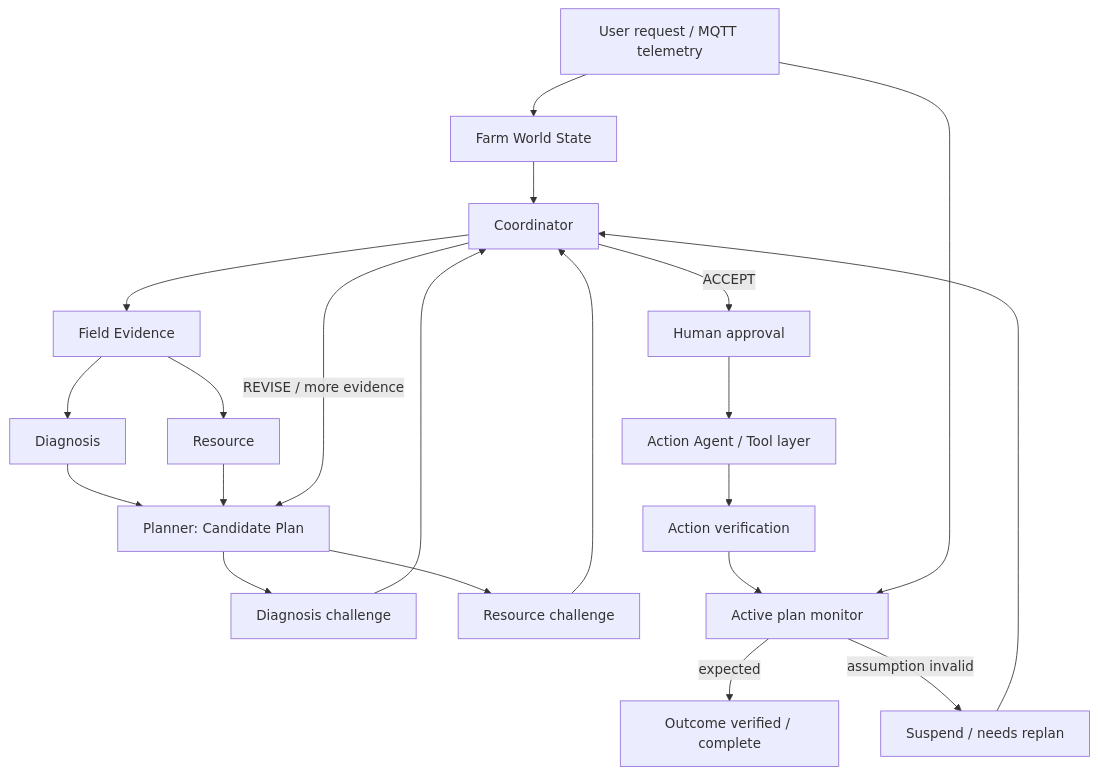
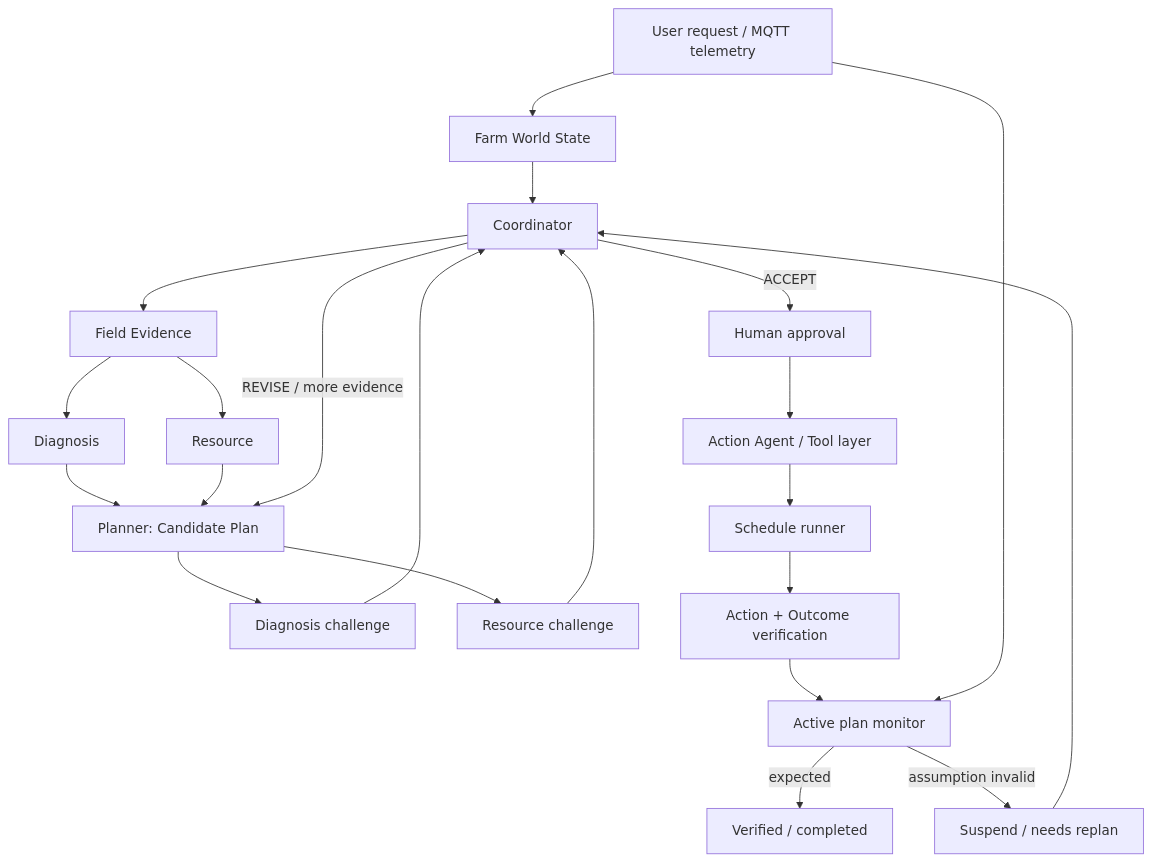
Before and after one commit to emanhthangngot/Smart_Watering_IOT: the diagram in plans/reports/plan.md, drawn with Mermaid. The commit also changed other lines of this file and 34 other files, not shown here.

````diff
--- a/plans/reports/plan.md
+++ b/plans/reports/plan.md
@@ -232,23 +479,24 @@
 ```mermaid
 flowchart TD
   I["User request / MQTT telemetry"] --> W["Farm World State"]
   W --> C["Coordinator"]
   C --> F["Field Evidence"]
   F --> D["Diagnosis"]
   F --> R["Resource"]
   D --> P["Planner: Candidate Plan"]
   R --> P
   P --> CD["Diagnosis challenge"]
   P --> CR["Resource challenge"]
   CD --> C
   CR --> C
   C -->|"REVISE / more evidence"| P
   C -->|"ACCEPT"| H["Human approval"]
   H --> A["Action Agent / Tool layer"]
-  A --> AV["Action verification"]
+  A --> SR["Schedule runner"]
+  SR --> AV["Action + Outcome verification"]
   AV --> M["Active plan monitor"]
   I --> M
-  M -->|"expected"| X["Outcome verified / complete"]
+  M -->|"expected"| X["Verified / completed"]
   M -->|"assumption invalid"| S["Suspend / needs replan"]
   S --> C
 ```
````
